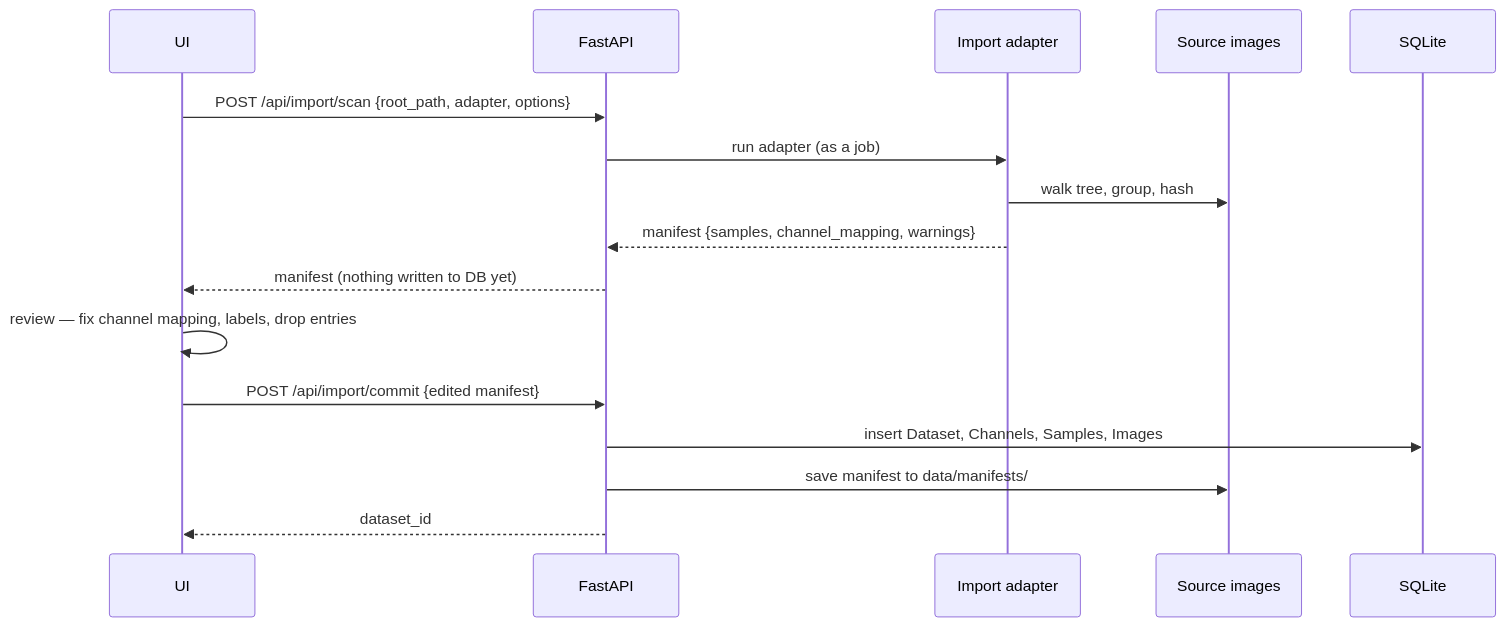
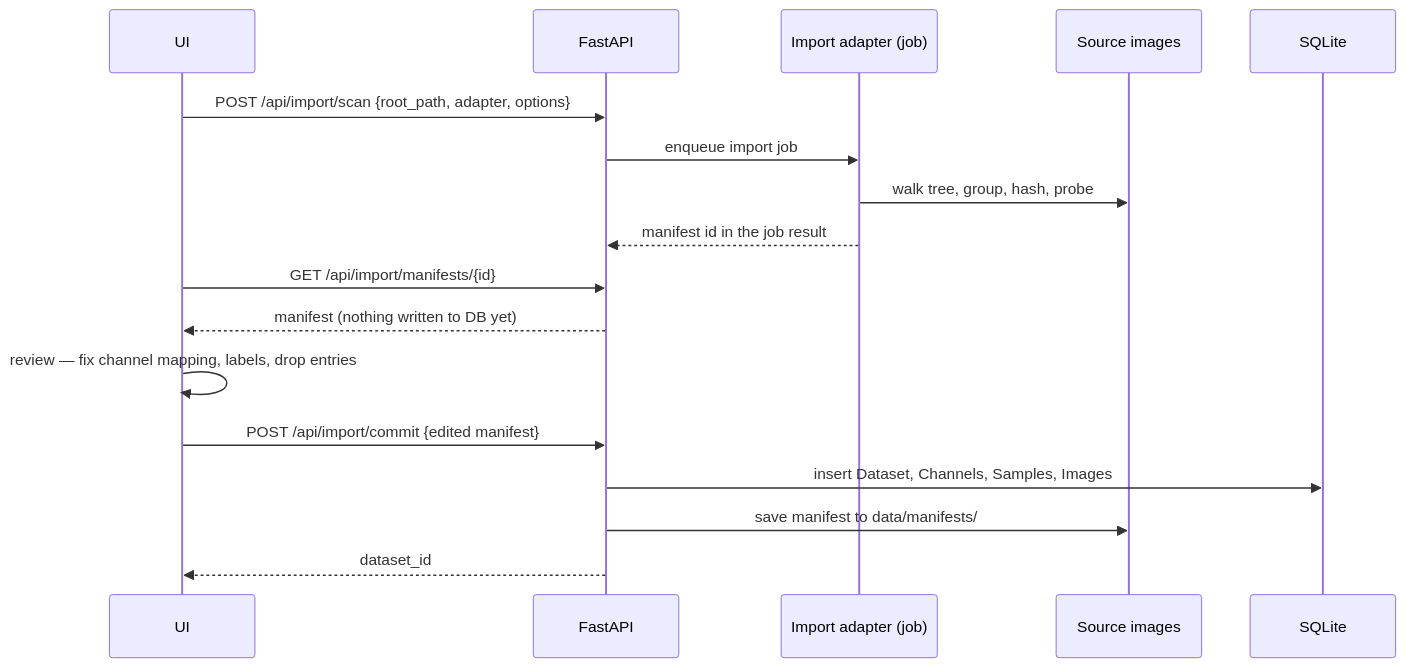
The diagram in docs/architecture/import.md (VitalyVorobyev/visual-anomaly-lab), drawn with Mermaid before and after one commit. The commit also changed other lines of this file and 50 other files, not shown here.

````diff
--- a/docs/architecture/import.md
+++ b/docs/architecture/import.md
@@ -7,19 +6,20 @@
 ```mermaid
 sequenceDiagram
     participant UI
     participant API as FastAPI
-    participant AD as Import adapter
+    participant AD as Import adapter (job)
     participant FS as Source images
     participant DB as SQLite
 
     UI->>API: POST /api/import/scan {root_path, adapter, options}
-    API->>AD: run adapter (as a job)
-    AD->>FS: walk tree, group, hash
-    AD-->>API: manifest {samples, channel_mapping, warnings}
+    API->>AD: enqueue import job
+    AD->>FS: walk tree, group, hash, probe
+    AD-->>API: manifest id in the job result
+    UI->>API: GET /api/import/manifests/{id}
     API-->>UI: manifest (nothing written to DB yet)
     UI->>UI: review — fix channel mapping, labels, drop entries
     UI->>API: POST /api/import/commit {edited manifest}
     API->>DB: insert Dataset, Channels, Samples, Images
     API->>FS: save manifest to data/manifests/
     API-->>UI: dataset_id
 ```
````
